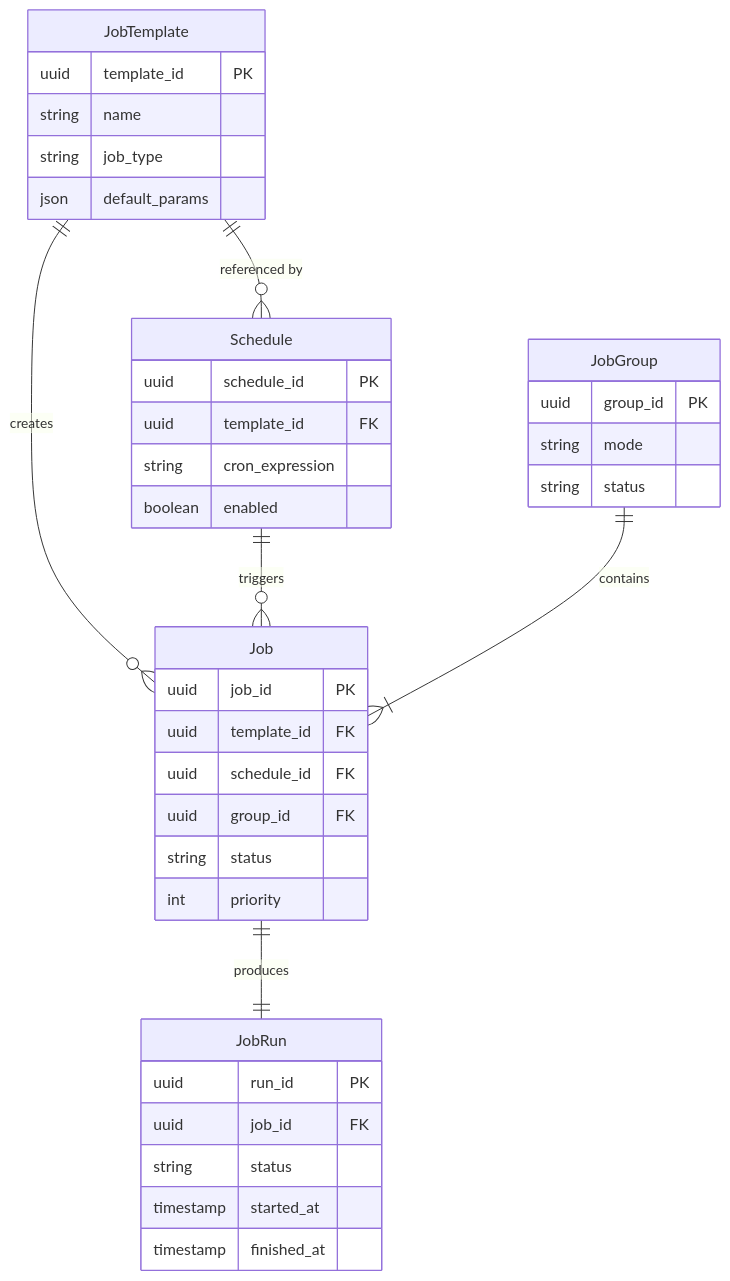
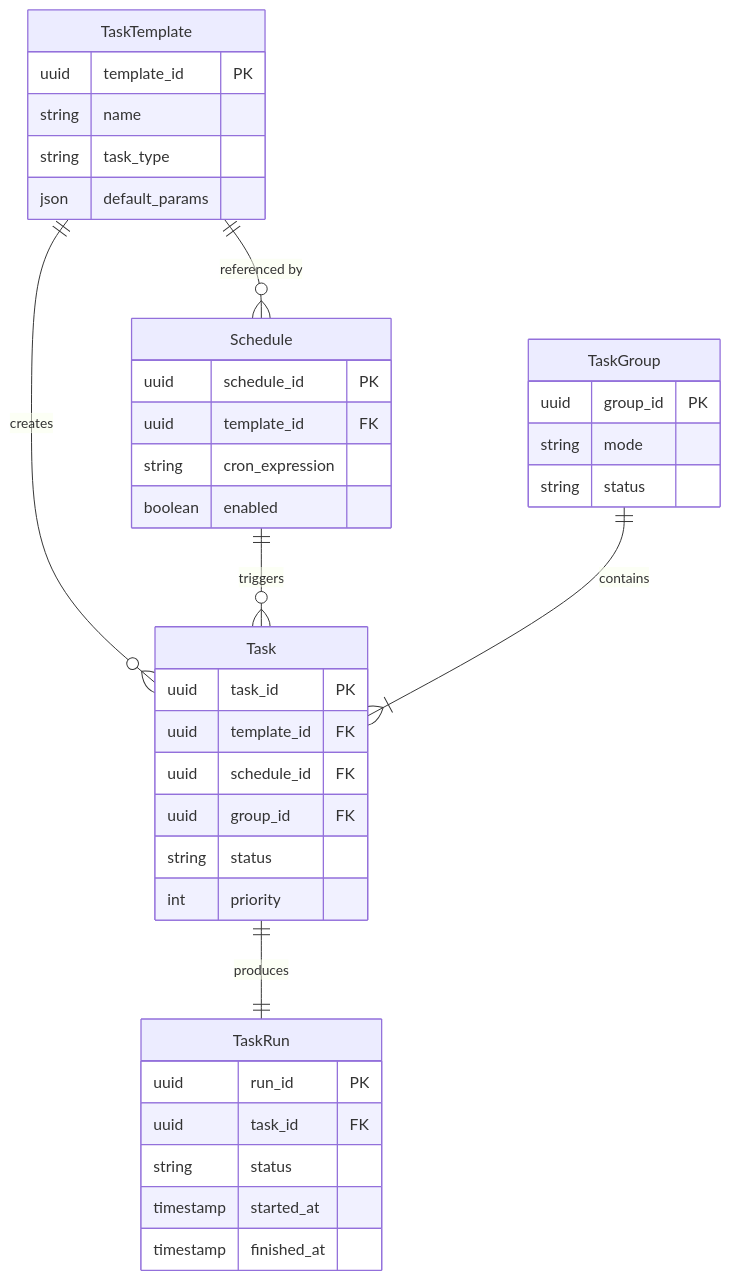
One commit to VinylStage/horror-story-generator changed the diagram in docs/task-scheduler/ENTITY_RELATIONSHIPS.md. Above: the diagram before and after it, drawn with Mermaid. The commit also changed other lines of this file and 24 other files, not shown here.

````diff
--- a/docs/task-scheduler/ENTITY_RELATIONSHIPS.md
+++ b/docs/task-scheduler/ENTITY_RELATIONSHIPS.md
@@ -20,45 +20,45 @@
 ```mermaid
 erDiagram
-    JobTemplate ||--o{ Job : "creates"
-    JobTemplate ||--o{ Schedule : "referenced by"
-    Schedule ||--o{ Job : "triggers"
-    Job ||--|| JobRun : "produces"
-    JobGroup ||--|{ Job : "contains"
+    TaskTemplate ||--o{ Task : "creates"
+    TaskTemplate ||--o{ Schedule : "referenced by"
+    Schedule ||--o{ Task : "triggers"
+    Task ||--|| TaskRun : "produces"
+    TaskGroup ||--|{ Task : "contains"
 
-    JobTemplate {
+    TaskTemplate {
         uuid template_id PK
         string name
-        string job_type
+        string task_type
         json default_params
     }
 
     Schedule {
         uuid schedule_id PK
         uuid template_id FK
         string cron_expression
         boolean enabled
     }
 
-    Job {
-        uuid job_id PK
+    Task {
+        uuid task_id PK
         uuid template_id FK
         uuid schedule_id FK
         uuid group_id FK
         string status
         int priority
     }
 
-    JobRun {
+    TaskRun {
         uuid run_id PK
-        uuid job_id FK
+        uuid task_id FK
         string status
         timestamp started_at
         timestamp finished_at
     }
 
-    JobGroup {
+    TaskGroup {
         uuid group_id PK
         string mode
         string status
     }
 ```
````
